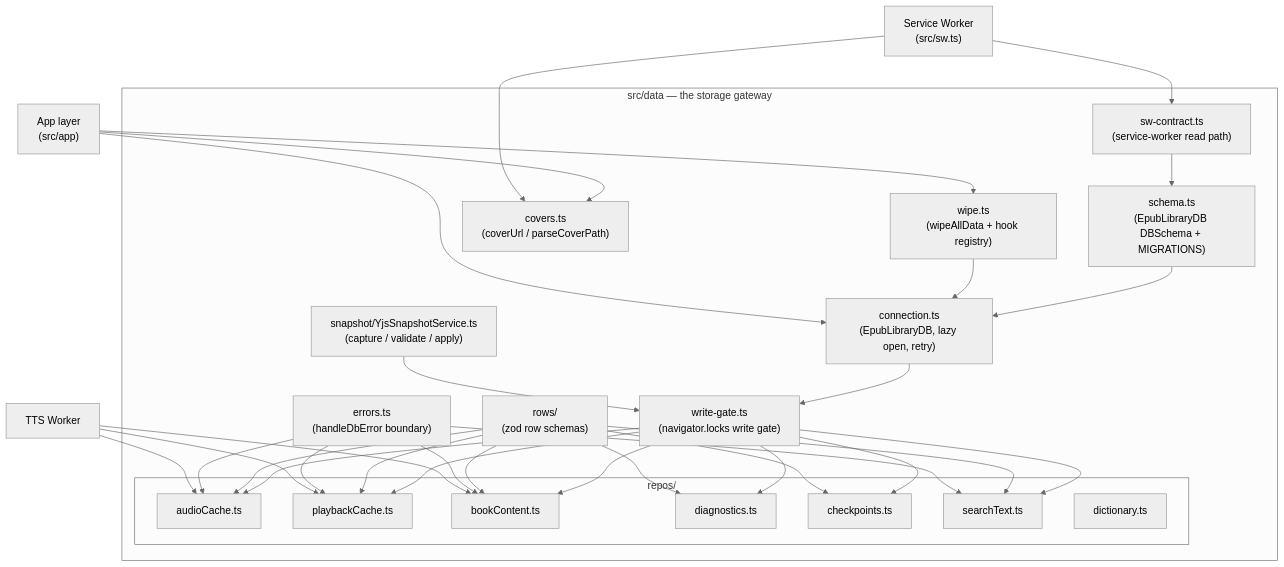
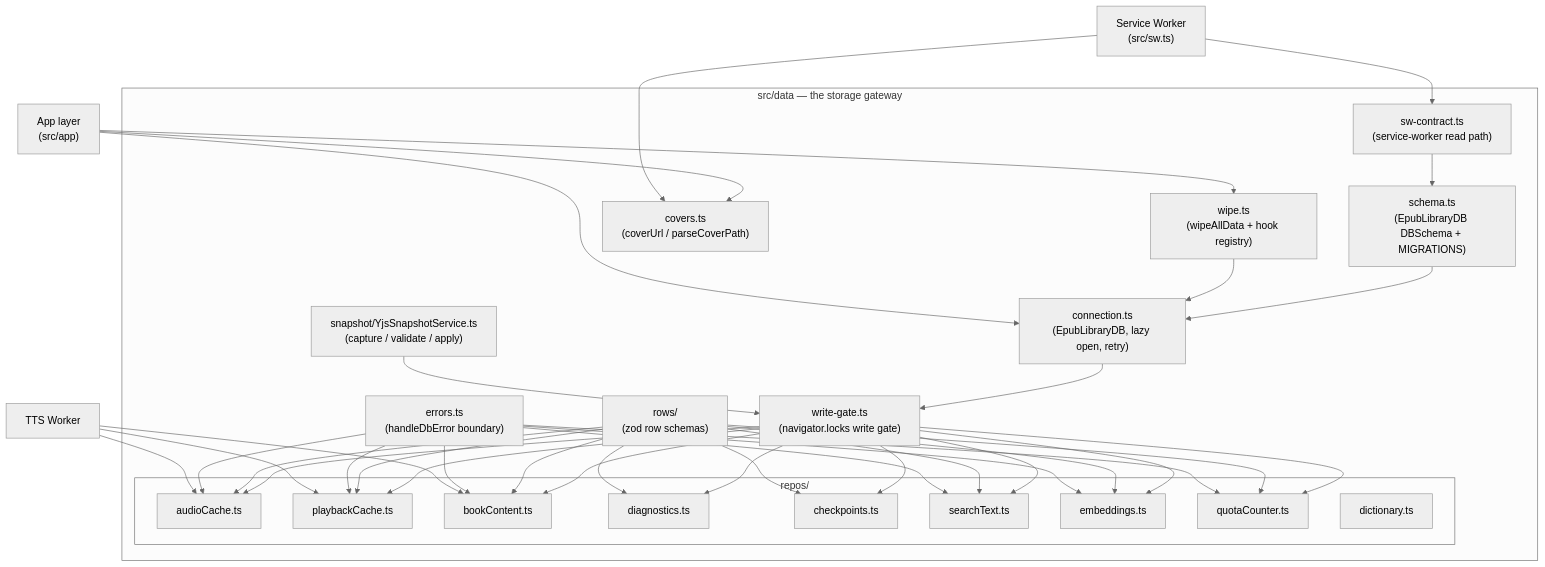
One commit to vrwarp/versicle changed the first of 7 diagrams in docs/comprehensive/20-storage-gateway.md. Above: the diagram before and after it, drawn with Mermaid (neutral theme). The commit also changed other lines of this file and 17 other files, not shown here.

````diff
--- a/docs/comprehensive/20-storage-gateway.md
+++ b/docs/comprehensive/20-storage-gateway.md
@@ -25,54 +25,62 @@
 ```mermaid
 graph TD
     subgraph "src/data — the storage gateway"
         CXN["connection.ts\n(EpubLibraryDB, lazy open, retry)"]
         SCH["schema.ts\n(EpubLibraryDB DBSchema + MIGRATIONS)"]
         WG["write-gate.ts\n(navigator.locks write gate)"]
         ROWS["rows/\n(zod row schemas)"]
         SW["sw-contract.ts\n(service-worker read path)"]
         COV["covers.ts\n(coverUrl / parseCoverPath)"]
         ERR["errors.ts\n(handleDbError boundary)"]
         WIPE["wipe.ts\n(wipeAllData + hook registry)"]
         SNAP["snapshot/YjsSnapshotService.ts\n(capture / validate / apply)"]
         subgraph "repos/"
             AC["audioCache.ts"]
             PC["playbackCache.ts"]
             BC["bookContent.ts"]
             DX["diagnostics.ts"]
             CP["checkpoints.ts"]
             ST["searchText.ts"]
+            EMB["embeddings.ts"]
+            QC["quotaCounter.ts"]
             DICT["dictionary.ts"]
         end
     end
 
     SCH --> CXN
     CXN --> WG
     WG --> AC
     WG --> PC
     WG --> BC
     WG --> DX
     WG --> CP
     WG --> ST
+    WG --> EMB
+    WG --> QC
     ROWS --> AC
     ROWS --> PC
     ROWS --> BC
     ROWS --> DX
     ROWS --> CP
     ROWS --> ST
+    ROWS --> EMB
+    ROWS --> QC
     ERR --> AC
     ERR --> BC
     ERR --> PC
     ERR --> ST
+    ERR --> EMB
+    ERR --> QC
     SNAP --> WG
     SW --> SCH
     WIPE --> CXN
 
     APP["App layer\n(src/app)"] --> CXN
     APP --> WIPE
     APP --> COV
     WORKER["TTS Worker"] --> AC
     WORKER --> PC
     WORKER --> BC
     SW_ENTRY["Service Worker\n(src/sw.ts)"] --> SW
     SW_ENTRY --> COV
 ```
````
